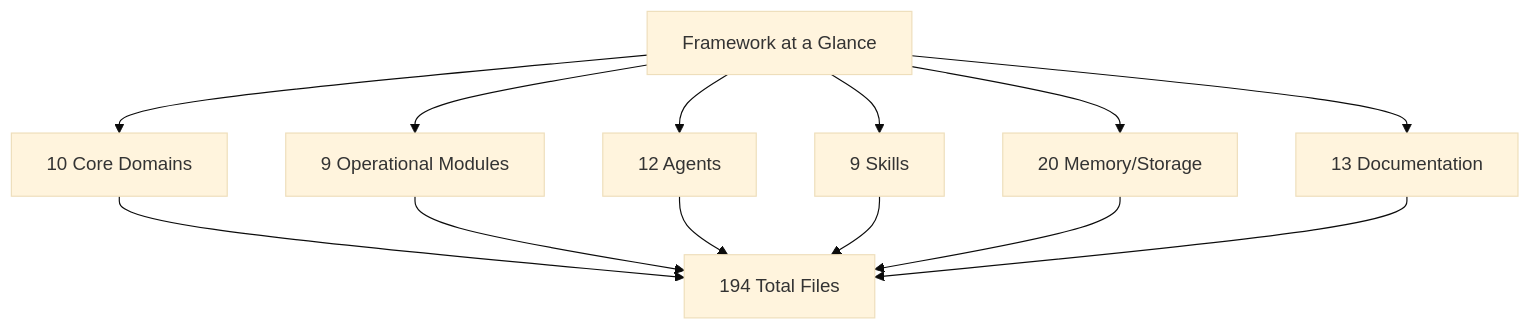
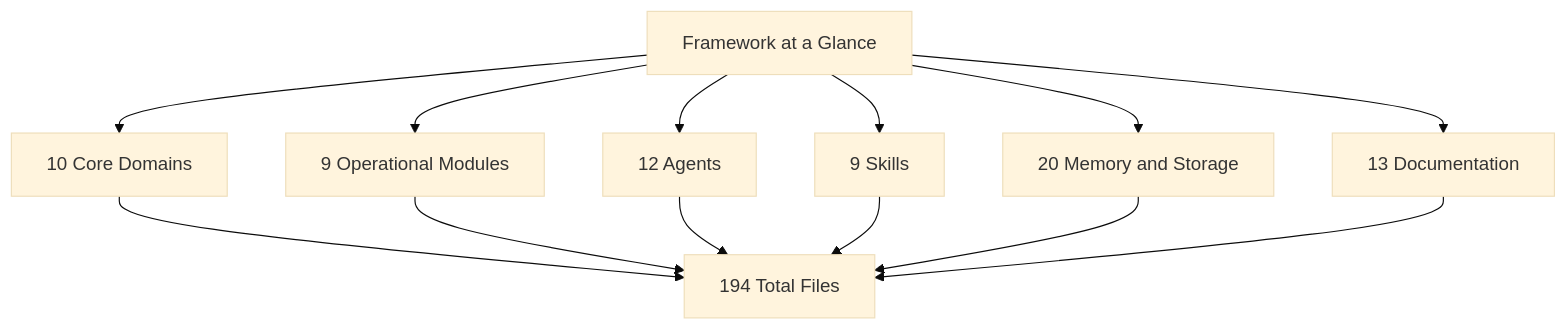
Before and after one commit to LifeJiggy/LLM-Agentic-Rules-Framework: the fourth of 14 diagrams in README.md, drawn with Mermaid (base theme). The commit also changed other lines of this file, not shown here.

First line of the commit message:
Update README with inclusive audience and fix Mermaid rendering

````diff
--- a/README.md
+++ b/README.md
@@ -101,16 +112,16 @@
 ```mermaid
 flowchart TD
     A[Framework at a Glance] --> B[10 Core Domains]
     A --> C[9 Operational Modules]
     A --> D[12 Agents]
     A --> E[9 Skills]
-    A --> F[20 Memory/Storage]
+    A --> F[20 Memory and Storage]
     A --> G[13 Documentation]
     
     B --> H[194 Total Files]
     C --> H
     D --> H
     E --> H
     F --> H
     G --> H
 ```
````
